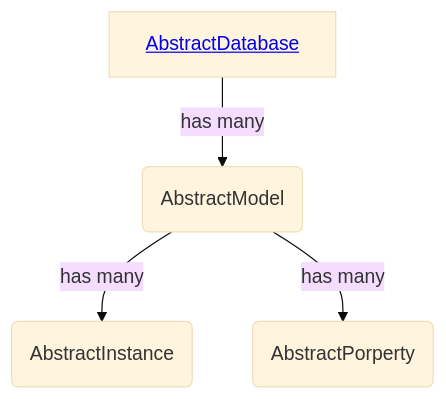
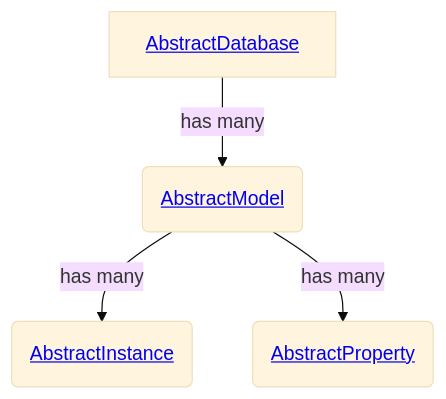
One commit to SoftwareBrothers/adminjs changed the diagram in docs/index.md. Above: the diagram before and after it, drawn with Mermaid (base theme). The commit also changed 27 other files, not shown here.

```diff
--- a/docs/index.md
+++ b/docs/index.md
@@ -21,6 +21,6 @@
 <div class="mermaid">
   graph TD
-  A[<a href=/abstractdatabase.html>AbstractDatabase</a>] -->|has many| B(AbstractModel)
-  B --> |has many|C(AbstractInstance)
-  B --> |has many|D(AbstractPorperty)
+  A[<a href=./AbstractDatabase.html>AbstractDatabase</a>] -->|has many| B(<a href=./AbstractModel.html>AbstractModel</a>)
+  B --> |has many|C(<a href=./AbstractInstance.html>AbstractInstance</a>)
+  B --> |has many|D(<a href=./AbstractProperty.html>AbstractProperty</a>)
 </div>
```
